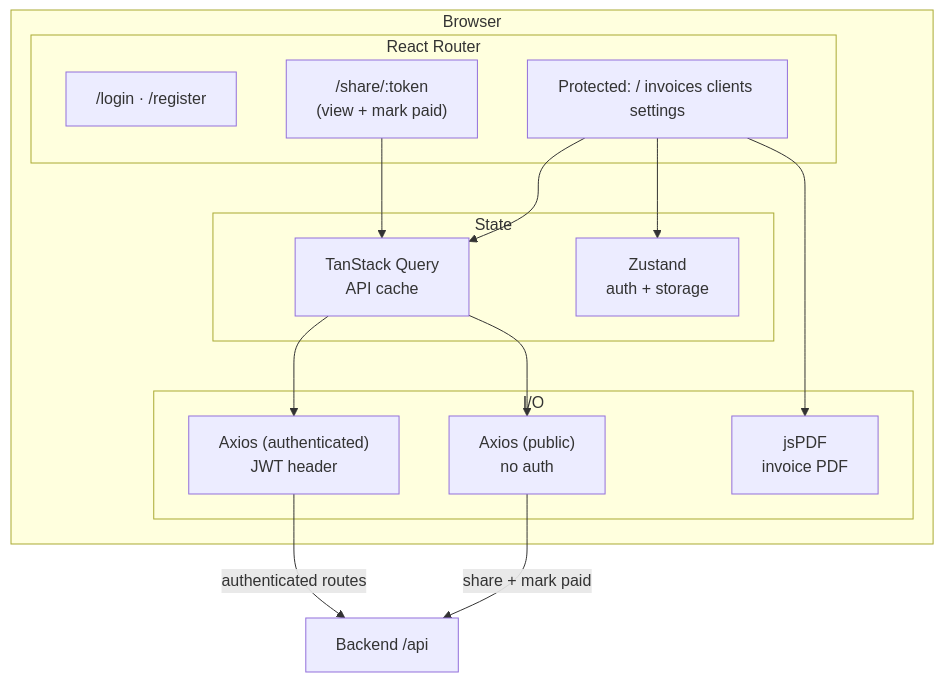
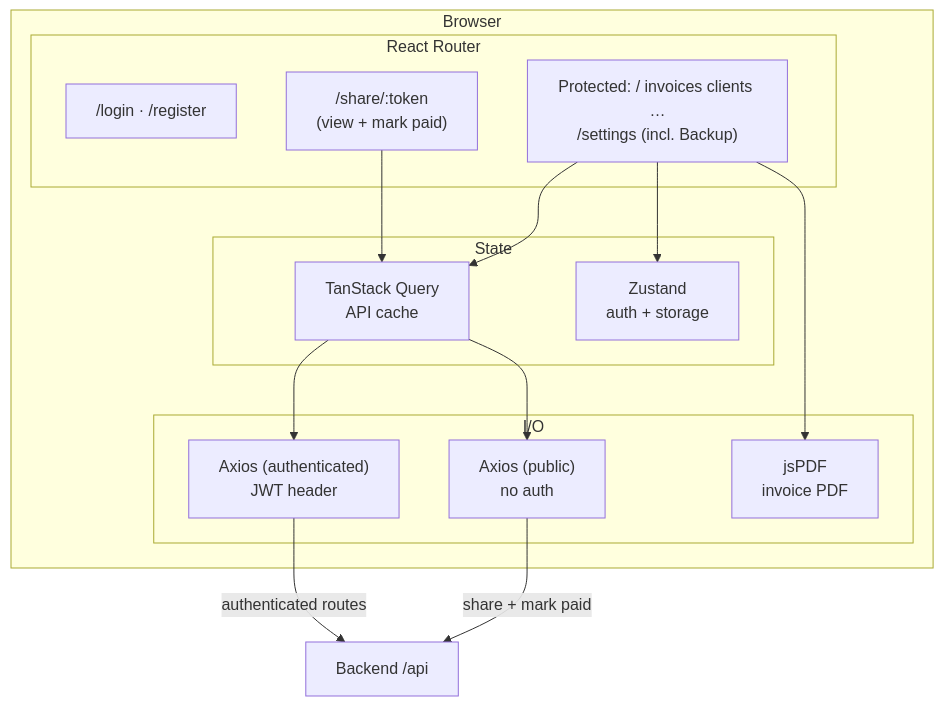
One commit to becomeonewiththecode/invoicing changed the diagram in docs/frontend/overview.md. Above: the diagram before and after it, drawn with Mermaid. The commit also changed 19 other files, not shown here.

First line of the commit message:
feat(layout): sign out in header; schema/docs/deployment updates

````diff
--- a/docs/frontend/overview.md
+++ b/docs/frontend/overview.md
@@ -24,32 +24,32 @@
 ```mermaid
 flowchart TB
   subgraph Browser
     subgraph Router["React Router"]
       PUB["/login · /register"]
       SHARE["/share/:token\n(view + mark paid)"]
-      PROT["Protected: / invoices clients settings"]
+      PROT["Protected: / invoices clients …\n/settings (incl. Backup)"]
     end
 
     subgraph State["State"]
       RQ["TanStack Query\nAPI cache"]
       ZS["Zustand\nauth + storage"]
     end
 
     subgraph IO["I/O"]
       AX["Axios (authenticated)\nJWT header"]
       AXPUB["Axios (public)\nno auth"]
       PDF["jsPDF\ninvoice PDF"]
     end
 
     PROT --> RQ
     PROT --> ZS
     SHARE --> RQ
     RQ --> AX
     RQ --> AXPUB
     PROT --> PDF
   end
 
   API["Backend /api"]
   AX -->|authenticated routes| API
   AXPUB -->|share + mark paid| API
 ```
````
